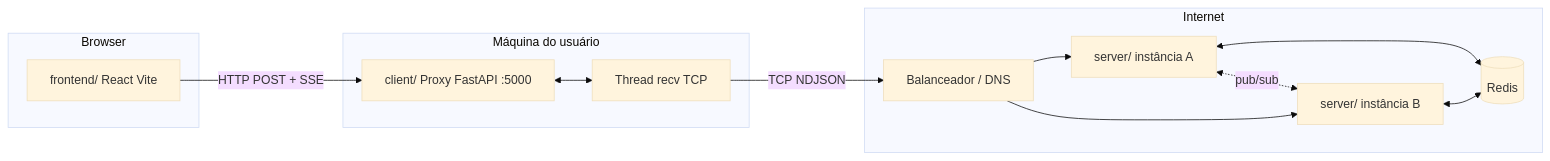
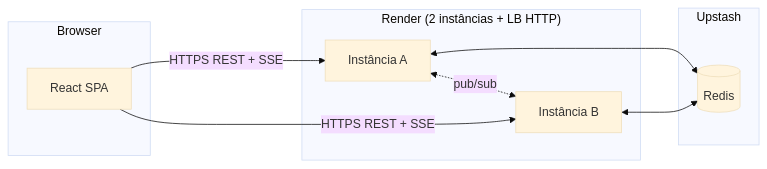
The diagram in docs/ARCHITECTURE.md (PedroCaurio/distributed-chat), drawn with Mermaid (base theme) before and after one commit. The commit also changed other lines of this file and 27 other files, not shown here.

````diff
--- a/docs/ARCHITECTURE.md
+++ b/docs/ARCHITECTURE.md
@@ -5,24 +5,18 @@
 ```mermaid
 flowchart LR
   subgraph Browser
-    FE[frontend/ React Vite]
+    FE[React SPA]
   end
-  subgraph UserPC[Máquina do usuário]
-    P[client/ Proxy FastAPI :5000]
-    T[Thread recv TCP]
-    P <--> T
+  subgraph Render["Render (2 instâncias + LB HTTP)"]
+    I1[Instância A]
+    I2[Instância B]
   end
-  subgraph Cloud[Internet]
-    LB[Balanceador / DNS]
-    S1[server/ instância A]
-    S2[server/ instância B]
+  subgraph Upstash
     R[(Redis)]
   end
-  FE -->|HTTP POST + SSE| P
-  T -->|TCP NDJSON| LB
-  LB --> S1
-  LB --> S2
-  S1 <--> R
-  S2 <--> R
-  S1 <-. pub/sub .-> S2
+  FE -->|HTTPS REST + SSE| I1
+  FE -->|HTTPS REST + SSE| I2
+  I1 <--> R
+  I2 <--> R
+  I1 <-. pub/sub .-> I2
 ```
````
